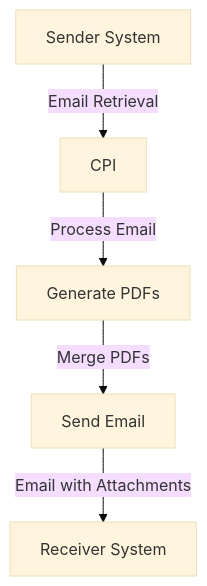
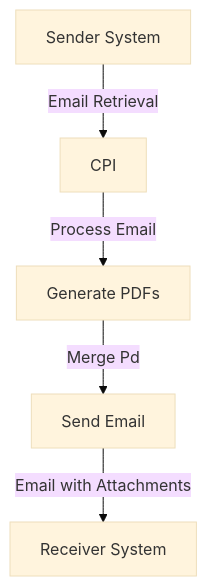
One commit to Rohancherian783/trail1 changed the diagram in cpi-artifacts/PDFcoveter/Task1/Task1_Summary.md. Above: the diagram before and after it, drawn with Mermaid (base theme).

````diff
--- a/cpi-artifacts/PDFcoveter/Task1/Task1_Summary.md
+++ b/cpi-artifacts/PDFcoveter/Task1/Task1_Summary.md
@@ -46,8 +46,8 @@
 ```mermaid
 graph TD
     A[Sender System] -->|Email Retrieval| B[CPI]
     B -->|Process Email| C[Generate PDFs]
-    C -->|Merge PDFs| D[Send Email]
+    C -->|Merge Pd| D[Send Email]
     D -->|Email with Attachments| E[Receiver System]
 
 ```
````
